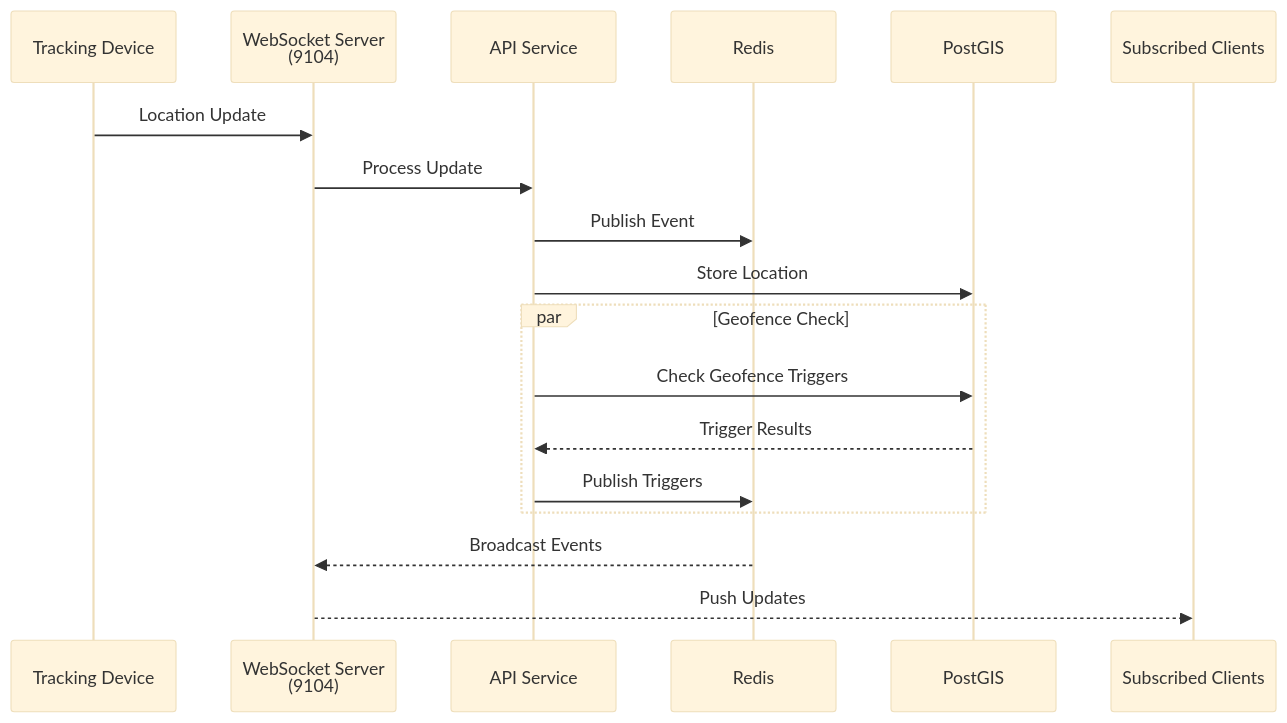
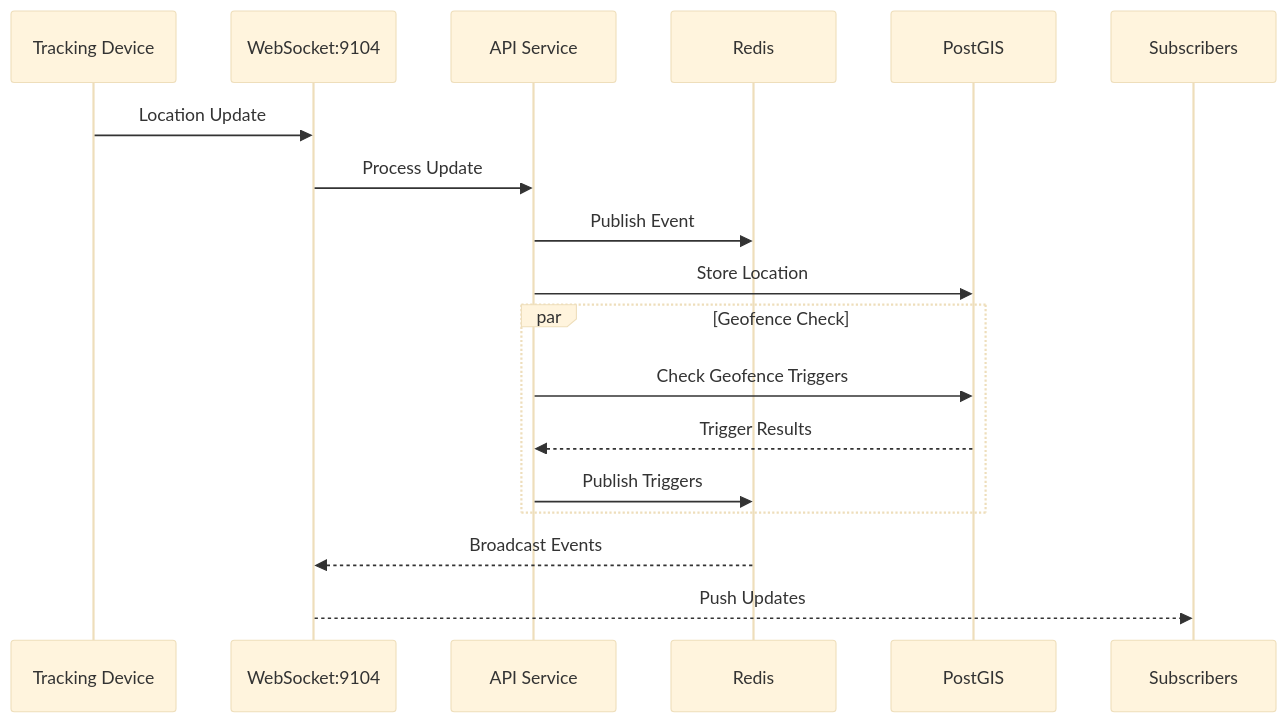
The fifth of 9 diagrams in ARCHITECTURE.md (adverant/Adverant-Nexus-Plugin-GeoAgent), drawn with Mermaid (base theme) before and after one commit. The commit also changed other lines of this file, not shown here.

First line of the commit message:
docs: fix Mermaid diagram rendering for marketplace

````diff
--- a/ARCHITECTURE.md
+++ b/ARCHITECTURE.md
@@ -235,23 +235,23 @@
 ```mermaid
 sequenceDiagram
     participant Asset as Tracking Device
-    participant WS as WebSocket Server<br/>(9104)
+    participant WS as WebSocket:9104
     participant API as API Service
     participant Redis
     participant PostGIS
-    participant Subscribers as Subscribed Clients
+    participant Subscribers as Subscribers
 
     Asset->>WS: Location Update
     WS->>API: Process Update
     API->>Redis: Publish Event
     API->>PostGIS: Store Location
 
     par Geofence Check
         API->>PostGIS: Check Geofence Triggers
         PostGIS-->>API: Trigger Results
         API->>Redis: Publish Triggers
     end
 
     Redis-->>WS: Broadcast Events
     WS-->>Subscribers: Push Updates
 ```
````
